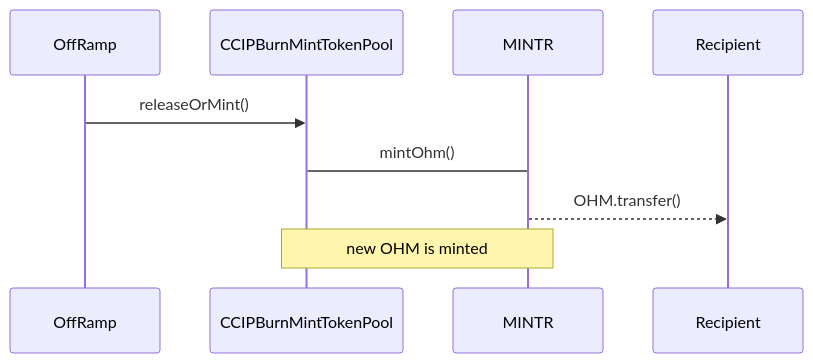
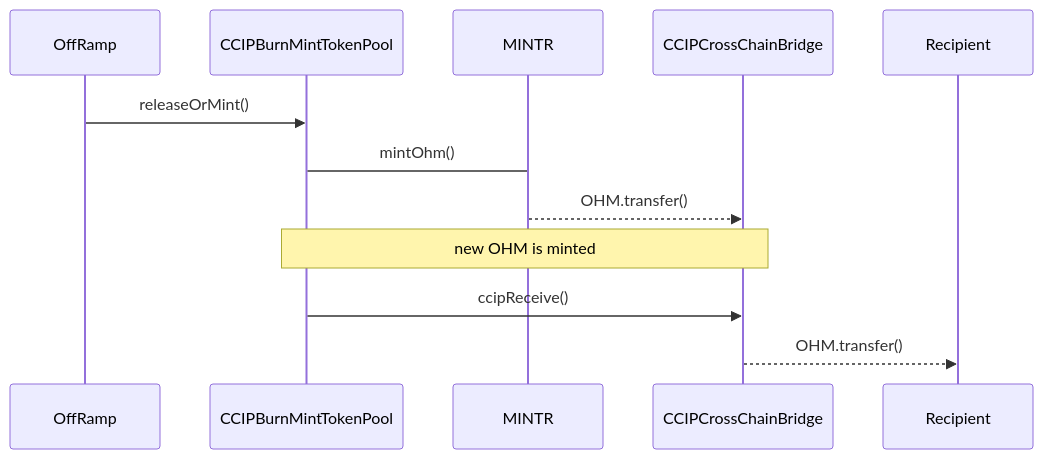
Before and after one commit to OlympusDAO/olympus-v3: the fourth of 4 diagrams in audit/2025-05_ccip/README.md, drawn with Mermaid. The commit also changed other lines of this file, not shown here.

````diff
--- a/audit/2025-05_ccip/README.md
+++ b/audit/2025-05_ccip/README.md
@@ -162,12 +178,15 @@
 ```mermaid
 sequenceDiagram
     participant OffRamp
     participant CCIPBurnMintTokenPool
     participant MINTR
+    participant CCIPCrossChainBridge
     participant Recipient
 
     OffRamp->>CCIPBurnMintTokenPool: releaseOrMint()
     CCIPBurnMintTokenPool->MINTR: mintOhm()
-    MINTR-->>Recipient: OHM.transfer()
-    Note over CCIPBurnMintTokenPool, MINTR: new OHM is minted
+    MINTR-->>CCIPCrossChainBridge: OHM.transfer()
+    Note over CCIPBurnMintTokenPool, CCIPCrossChainBridge: new OHM is minted
+    CCIPBurnMintTokenPool->>CCIPCrossChainBridge: ccipReceive()
+    CCIPCrossChainBridge-->>Recipient: OHM.transfer()
 ```
````
